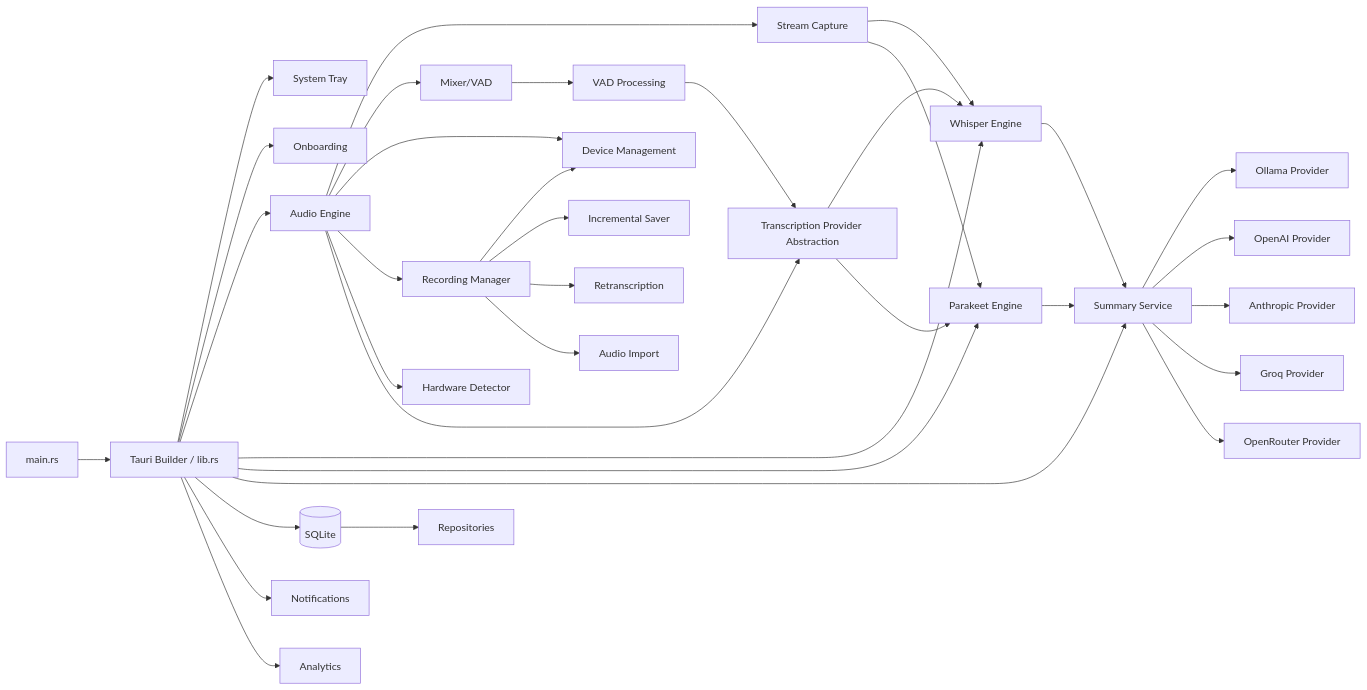
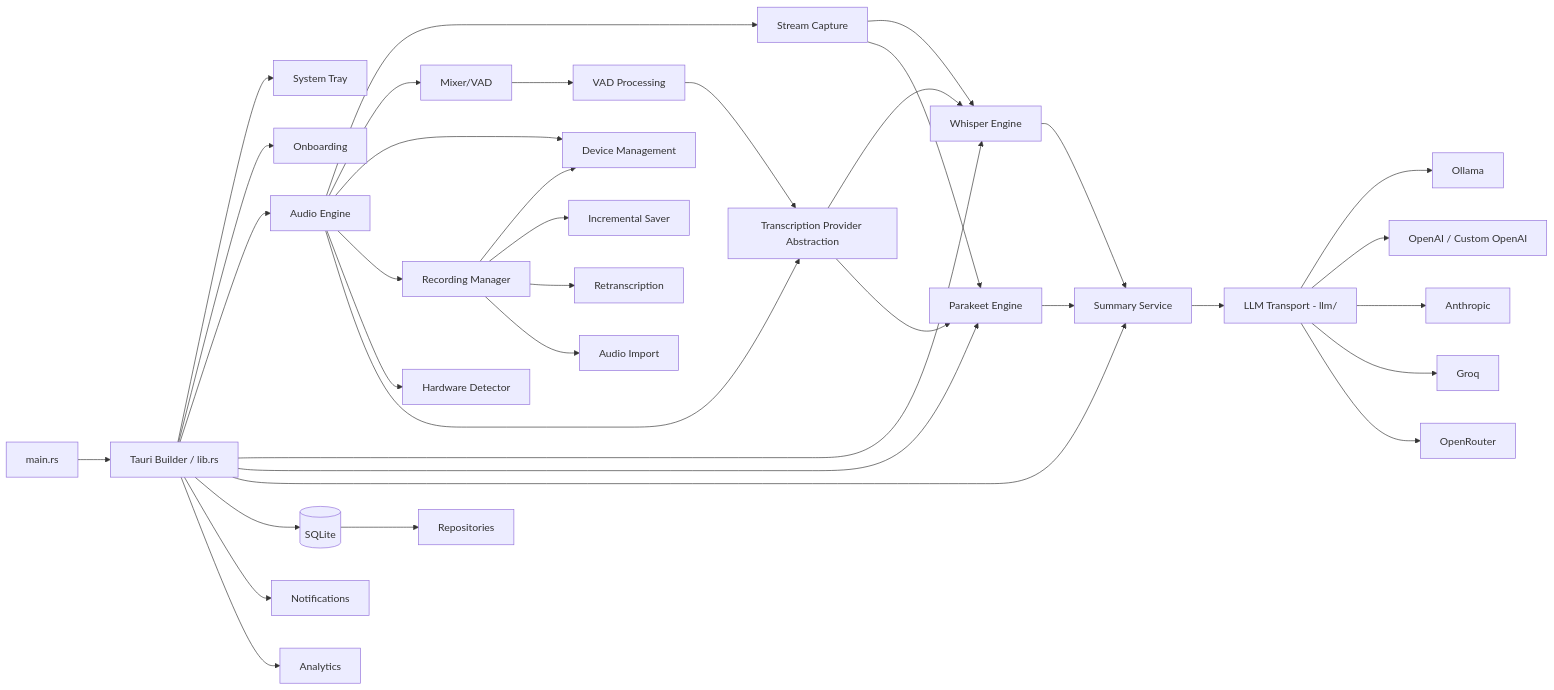
The second of 2 diagrams in docs/CODEBASE_MAP_ARCHITECTURE.md (MPGek/meetily-mpg), drawn with Mermaid before and after one commit. The commit also changed other lines of this file and 21 other files, not shown here.

First line of the commit message:
docs: shrink codebase maps, point navigation at graphify (openspec 11-docs-refresh)

````diff
--- a/docs/CODEBASE_MAP_ARCHITECTURE.md
+++ b/docs/CODEBASE_MAP_ARCHITECTURE.md
@@ -220,46 +183,47 @@
 ```mermaid
 graph LR
     Main[main.rs] --> Tauri[Tauri Builder / lib.rs]
     Tauri --> Tray[System Tray]
     Tauri --> Onboarding[Onboarding]
     
     Tauri --> Audio[Audio Engine]
     Tauri --> Whisper[Whisper Engine]
     Tauri --> Parakeet[Parakeet Engine]
     Tauri --> Summary[Summary Service]
     Tauri --> DB[(SQLite)]
     Tauri --> Notifications[Notifications]
     Tauri --> Analytics[Analytics]
     
     Audio --> Capture[Stream Capture]
     Audio --> Mixer[Mixer/VAD]
     Audio --> DeviceMgmt[Device Management]
     Audio --> RecordingMgr[Recording Manager]
     Audio --> Hardware[Hardware Detector]
     Audio --> TranscriptionProvider[Transcription Provider Abstraction]
     
     Capture --> Whisper
     Capture --> Parakeet
     
     Mixer --> VAD[VAD Processing]
     VAD --> TranscriptionProvider
     
     TranscriptionProvider --> Whisper
     TranscriptionProvider --> Parakeet
     
     Whisper --> Summary
     Parakeet --> Summary
     
-    Summary --> Ollama[Ollama Provider]
-    Summary --> OpenAI[OpenAI Provider]
-    Summary --> Anthropic[Anthropic Provider]
-    Summary --> Groq[Groq Provider]
-    Summary --> OpenRouter[OpenRouter Provider]
+    Summary --> LLM[LLM Transport - llm/]
+    LLM --> Ollama[Ollama]
+    LLM --> OpenAI[OpenAI / Custom OpenAI]
+    LLM --> Anthropic[Anthropic]
+    LLM --> Groq[Groq]
+    LLM --> OpenRouter[OpenRouter]
     
     DB --> Repos[Repositories]
     
     RecordingMgr --> DeviceMgmt
     RecordingMgr --> IncrementalSaver[Incremental Saver]
     RecordingMgr --> Retranscription[Retranscription]
     RecordingMgr --> Import[Audio Import]
 ```
````
